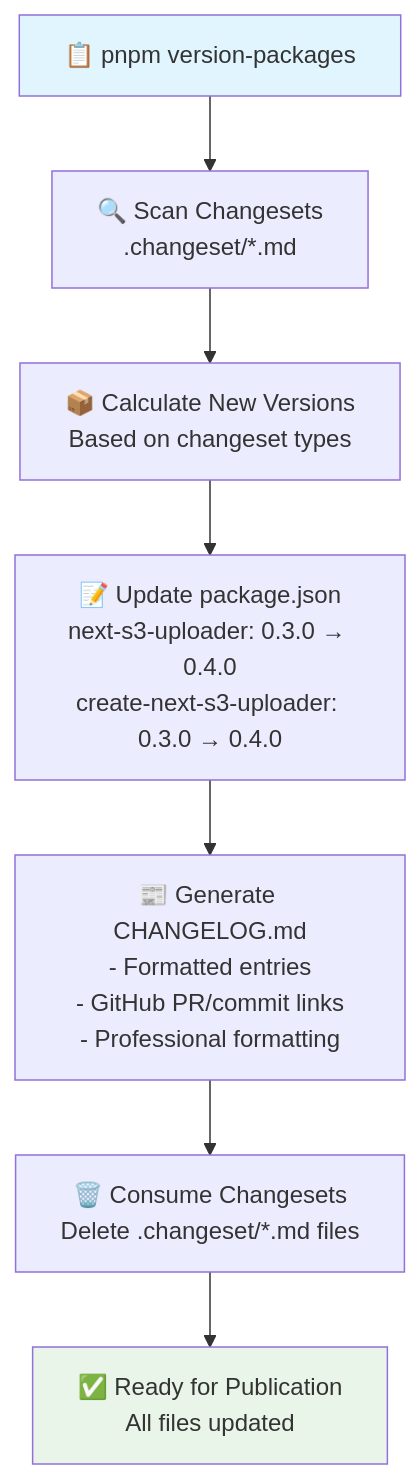
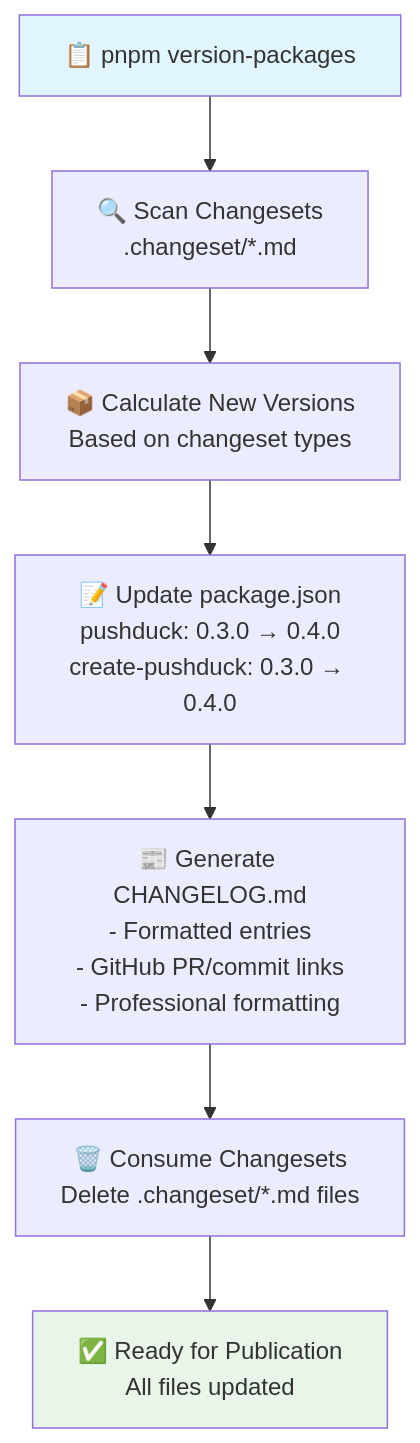
The third of 9 diagrams in RELEASE_LIFECYCLE_GUIDE.md (abhay-ramesh/pushduck), drawn with Mermaid before and after one commit. The commit also changed other lines of this file and 101 other files, not shown here.

First line of the commit message:
feat(docs): rename project from next-s3-uploader to pushduck

````diff
--- a/RELEASE_LIFECYCLE_GUIDE.md
+++ b/RELEASE_LIFECYCLE_GUIDE.md
@@ -68,12 +68,12 @@
 ```mermaid
 flowchart TD
     A["📋 pnpm version-packages"] --> B["🔍 Scan Changesets<br/>.changeset/*.md"]
     B --> C["📦 Calculate New Versions<br/>Based on changeset types"]
-    C --> D["📝 Update package.json<br/>next-s3-uploader: 0.3.0 → 0.4.0<br/>create-next-s3-uploader: 0.3.0 → 0.4.0"]
+    C --> D["📝 Update package.json<br/>pushduck: 0.3.0 → 0.4.0<br/>create-pushduck: 0.3.0 → 0.4.0"]
     D --> E["📰 Generate CHANGELOG.md<br/>- Formatted entries<br/>- GitHub PR/commit links<br/>- Professional formatting"]
     E --> F["🗑️ Consume Changesets<br/>Delete .changeset/*.md files"]
     F --> G["✅ Ready for Publication<br/>All files updated"]
     
     style A fill:#e1f5fe
     style G fill:#e8f5e8
 ```
````
